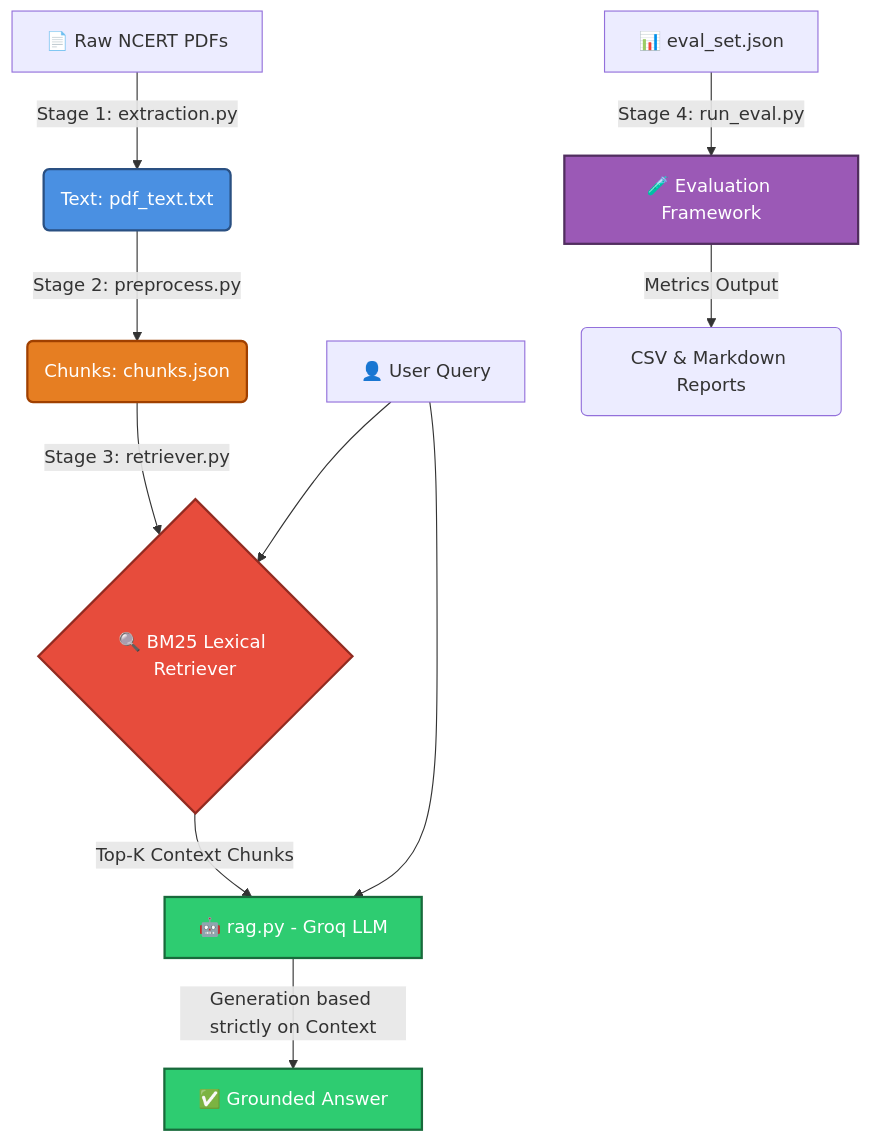
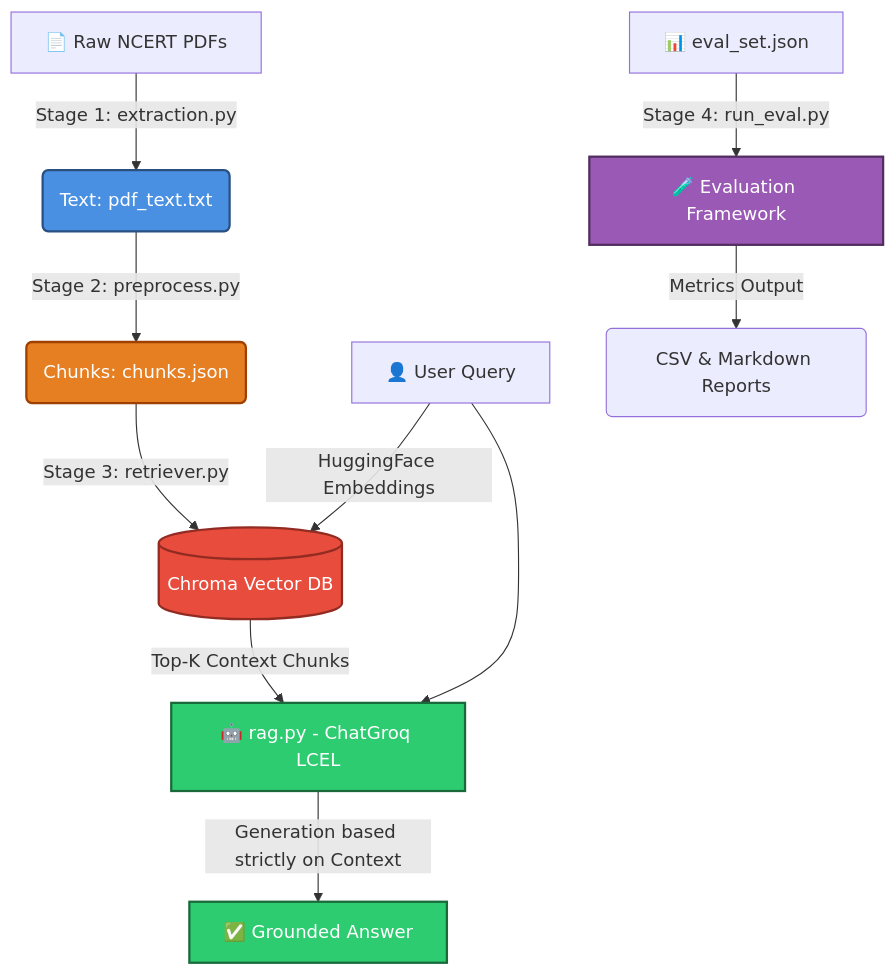
The diagram in README.md (yash-gupta-7/Retrieval-Ready-Study-Assistant), drawn with Mermaid before and after one commit. The commit also changed other lines of this file and 4 other files, not shown here.

Commit message:
Refactor: integrate LangChain with Groq LCEL and HuggingFace local embeddings, update README

````diff
--- a/README.md
+++ b/README.md
@@ -45,23 +47,23 @@
 ```mermaid
 graph TD
     %% Styling
     classDef extract fill:#4a90e2,stroke:#2a5082,stroke-width:2px,color:#fff;
     classDef process fill:#e67e22,stroke:#a04000,stroke-width:2px,color:#fff;
     classDef retrieve fill:#e74c3c,stroke:#922b21,stroke-width:2px,color:#fff;
     classDef generate fill:#2ecc71,stroke:#186a3b,stroke-width:2px,color:#fff;
     classDef evaluate fill:#9b59b6,stroke:#512e5f,stroke-width:2px,color:#fff;
 
     A[📄 Raw NCERT PDFs] -->|Stage 1: extraction.py| B(Text: pdf_text.txt):::extract
     B -->|Stage 2: preprocess.py| C(Chunks: chunks.json):::process
     
-    C -->|Stage 3: retriever.py| D{🔍 BM25 Lexical Retriever}:::retrieve
+    C -->|Stage 3: retriever.py| D[(Chroma Vector DB)]:::retrieve
     
-    E[👤 User Query] --> D
-    D -->|Top-K Context Chunks| F[🤖 rag.py - Groq LLM]:::generate
+    E[👤 User Query] -->|HuggingFace Embeddings| D
+    D -->|Top-K Context Chunks| F[🤖 rag.py - ChatGroq LCEL]:::generate
     E --> F
     
     F -->|Generation based strictly on Context| G[✅ Grounded Answer]:::generate
     
     H[📊 eval_set.json] -->|Stage 4: run_eval.py| I[🧪 Evaluation Framework]:::evaluate
     I -->|Metrics Output| J(CSV & Markdown Reports)
 ```
````
